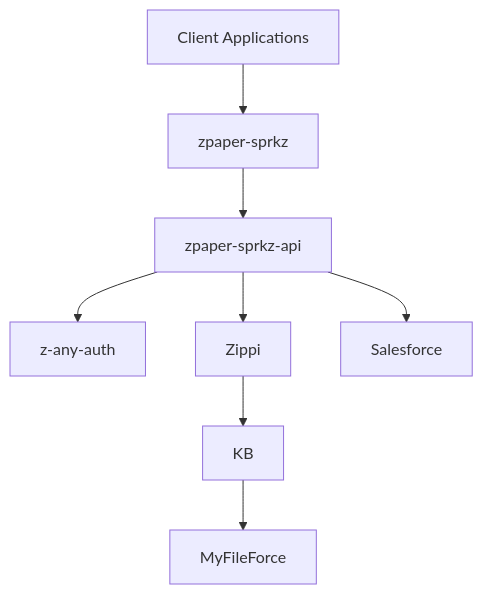
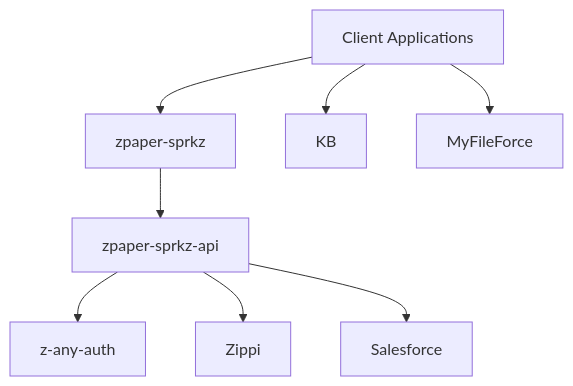
The diagram in profile/README.md (zpaper-com/.github), drawn with Mermaid before and after one commit.

````diff
--- a/profile/README.md
+++ b/profile/README.md
@@ -66,10 +66,10 @@
 ```mermaid
 graph TD
     A[Client Applications] --> B[zpaper-sprkz]
     B --> C[zpaper-sprkz-api]
     C --> D[z-any-auth]
     C --> E[Zippi]
     C --> F[Salesforce]
-    E --> G[KB]
-    G --> H[MyFileForce]
+    A --> G[KB]
+    A --> H[MyFileForce]
 ```
````
